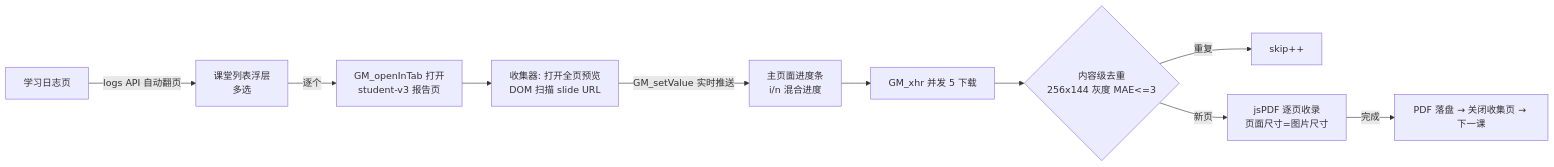
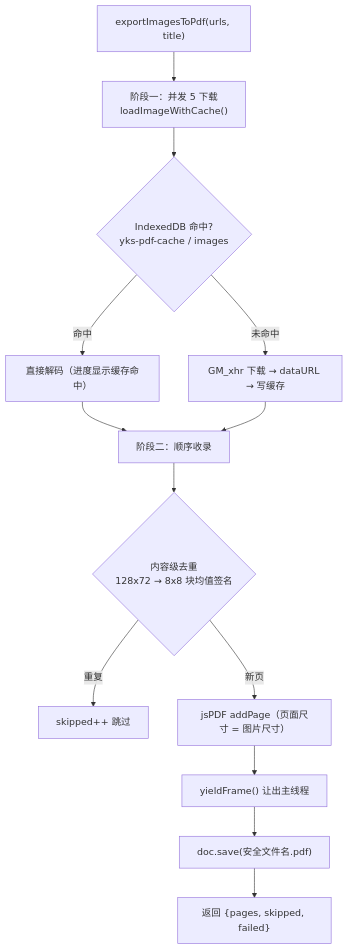
The fourth of 5 diagrams in README.md (RayMorTwinkle/YuketangStudio), drawn with Mermaid before and after one commit. The commit also changed other lines of this file and 2 other files, not shown here.

Commit message:
docs: 重写 README（中英双语 + 架构图 + 图标）

````diff
--- a/README.md
+++ b/README.md
@@ -261,12 +232,15 @@
 ```mermaid
-flowchart LR
-    A[学习日志页] -->|logs API 自动翻页| B[课堂列表浮层<br/>多选]
-    B -->|逐个| C[GM_openInTab 打开<br/>student-v3 报告页]
-    C --> D[收集器: 打开全页预览<br/>DOM 扫描 slide URL]
-    D -->|GM_setValue 实时推送| E[主页面进度条<br/>i/n 混合进度]
-    E --> F[GM_xhr 并发 5 下载]
-    F --> G{内容级去重<br/>256x144 灰度 MAE<=3}
-    G -->|重复| H[skip++]
-    G -->|新页| I[jsPDF 逐页收录<br/>页面尺寸=图片尺寸]
-    I -->|完成| J[PDF 落盘 → 关闭收集页 → 下一课]
+flowchart TB
+  A["exportImagesToPdf(urls, title)"] --> B["阶段一：并发 5 下载<br/>loadImageWithCache()"]
+  B --> C{"IndexedDB 命中?<br/>yks-pdf-cache / images"}
+  C -- 命中 --> D["直接解码（进度显示缓存命中）"]
+  C -- 未命中 --> E["GM_xhr 下载 → dataURL → 写缓存"]
+  D --> F["阶段二：顺序收录"]
+  E --> F
+  F --> G{"内容级去重<br/>128x72 → 8x8 块均值签名"}
+  G -- 重复 --> H["skipped++ 跳过"]
+  G -- 新页 --> I["jsPDF addPage（页面尺寸 = 图片尺寸）"]
+  I --> J["yieldFrame() 让出主线程"]
+  J --> K["doc.save(安全文件名.pdf)"]
+  K --> L["返回 {pages, skipped, failed}"]
 ```
````
